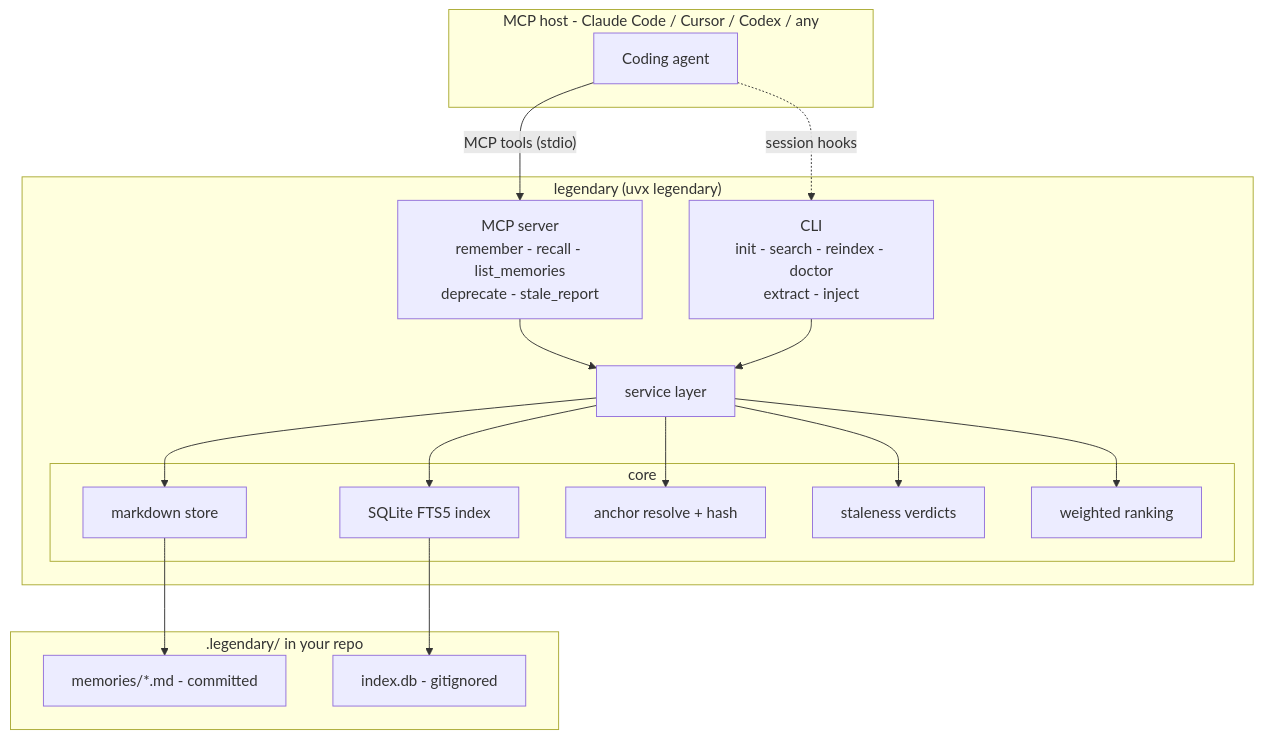
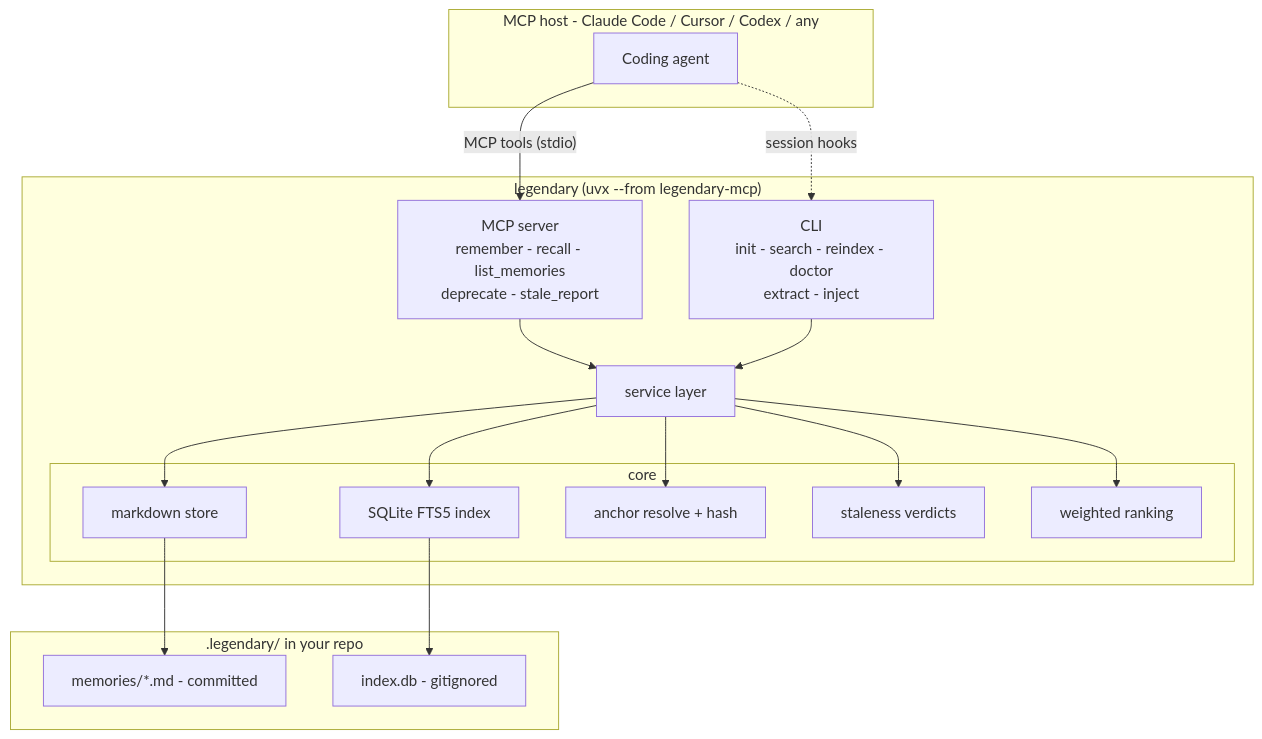
The first of 2 diagrams in docs/superpowers/plans/2026-08-14-legendary-v1.md (ashhadahsan/legendary), drawn with Mermaid before and after one commit. The commit also changed other lines of this file and 1 other file, not shown here.

````diff
--- a/docs/superpowers/plans/2026-08-14-legendary-v1.md
+++ b/docs/superpowers/plans/2026-08-14-legendary-v1.md
@@ -2286,36 +2299,36 @@
 ```mermaid
 flowchart TB
     subgraph host["MCP host - Claude Code / Cursor / Codex / any"]
         agent["Coding agent"]
     end
 
-    subgraph legendary["legendary (uvx legendary)"]
+    subgraph legendary["legendary (uvx --from legendary-mcp)"]
         mcp["MCP server<br/>remember - recall - list_memories<br/>deprecate - stale_report"]
         cli["CLI<br/>init - search - reindex - doctor<br/>extract - inject"]
         svc["service layer"]
         subgraph core["core"]
             store["markdown store"]
             index["SQLite FTS5 index"]
             anchor["anchor resolve + hash"]
             stale["staleness verdicts"]
             rank["weighted ranking"]
         end
     end
 
     subgraph repodir[".legendary/ in your repo"]
         md["memories/*.md - committed"]
         db["index.db - gitignored"]
     end
 
     agent -- "MCP tools (stdio)" --> mcp
     agent -. "session hooks" .-> cli
     mcp --> svc
     cli --> svc
     svc --> store
     svc --> index
     svc --> anchor
     svc --> stale
     svc --> rank
     store --> md
     index --> db
 ```
````
